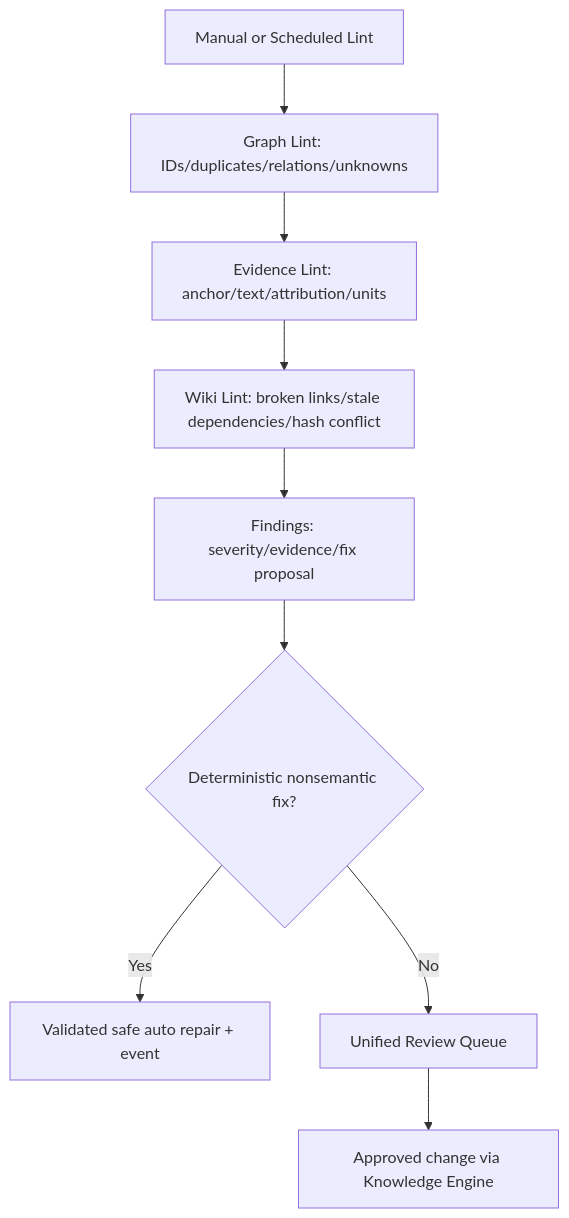
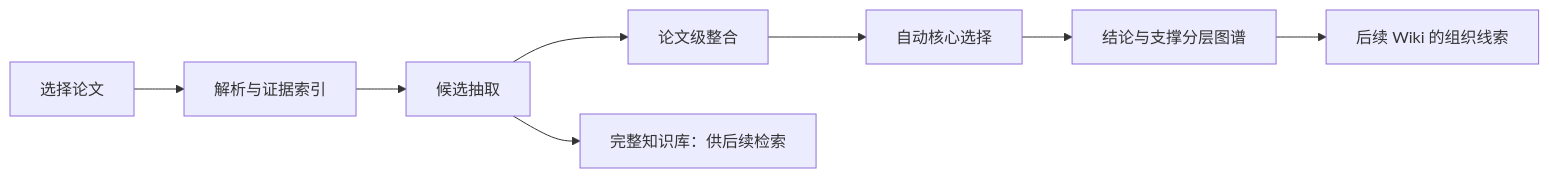
One commit to KLucen/ResearchGraphStudio changed the diagram in docs/01_product_design.md. Above: the diagram before and after it, drawn with Mermaid. The commit also changed other lines of this file and 305 other files, not shown here.

Commit message:
feat: preserve phase 3 work and reading graph design baseline

````diff
--- a/docs/01_product_design.md
+++ b/docs/01_product_design.md
@@ -120,11 +9,10 @@
 ```mermaid
-flowchart TD
-  A[Manual or Scheduled Lint] --> B[Graph Lint: IDs/duplicates/relations/unknowns]
-  B --> C[Evidence Lint: anchor/text/attribution/units]
-  C --> D[Wiki Lint: broken links/stale dependencies/hash conflict]
-  D --> E[Findings: severity/evidence/fix proposal]
-  E --> F{Deterministic nonsemantic fix?}
-  F -->|Yes| G[Validated safe auto repair + event]
-  F -->|No| H[Unified Review Queue]
-  H --> I[Approved change via Knowledge Engine]
+flowchart LR
+  A[选择论文] --> B[解析与证据索引]
+  B --> C[候选抽取]
+  C --> D[论文级整合]
+  D --> E[自动核心选择]
+  E --> F[结论与支撑分层图谱]
+  C --> Q[完整知识库：供后续检索]
+  F --> W[后续 Wiki 的组织线索]
 ```
````
